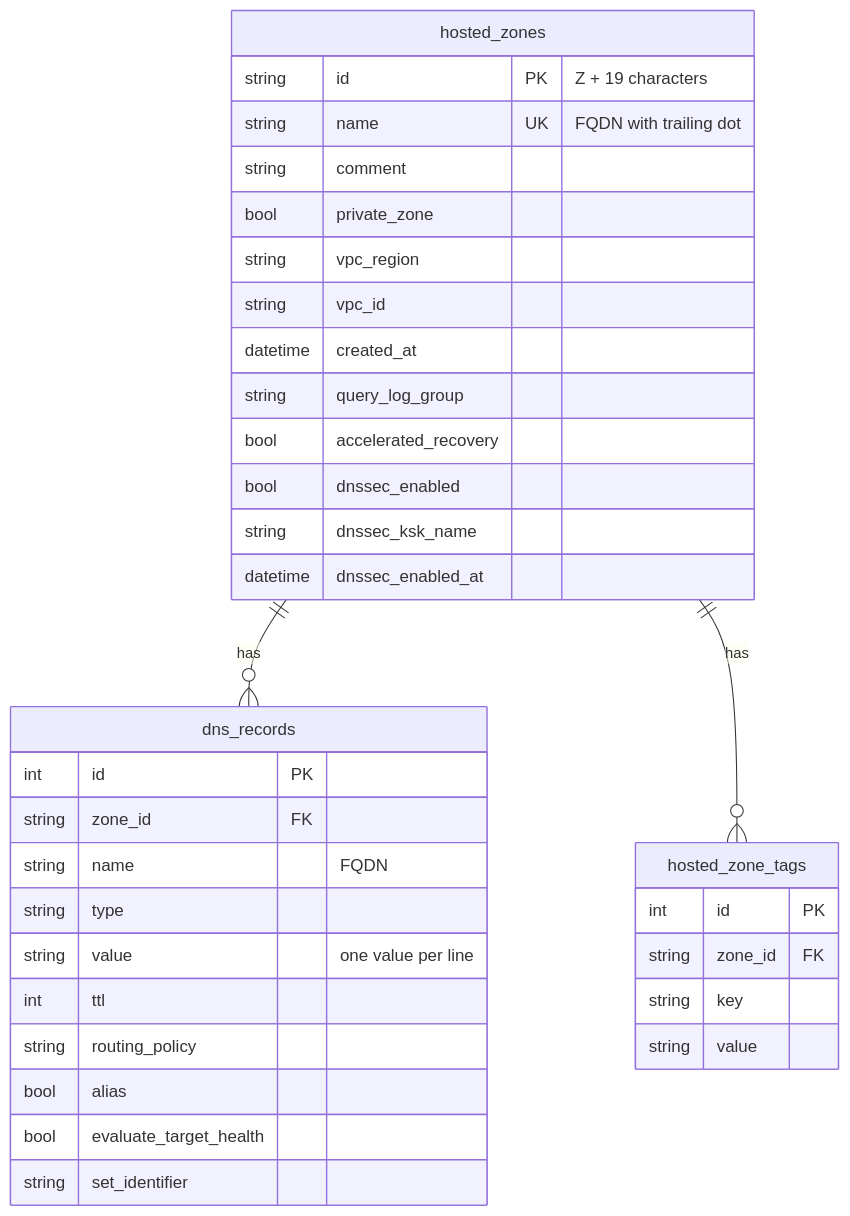
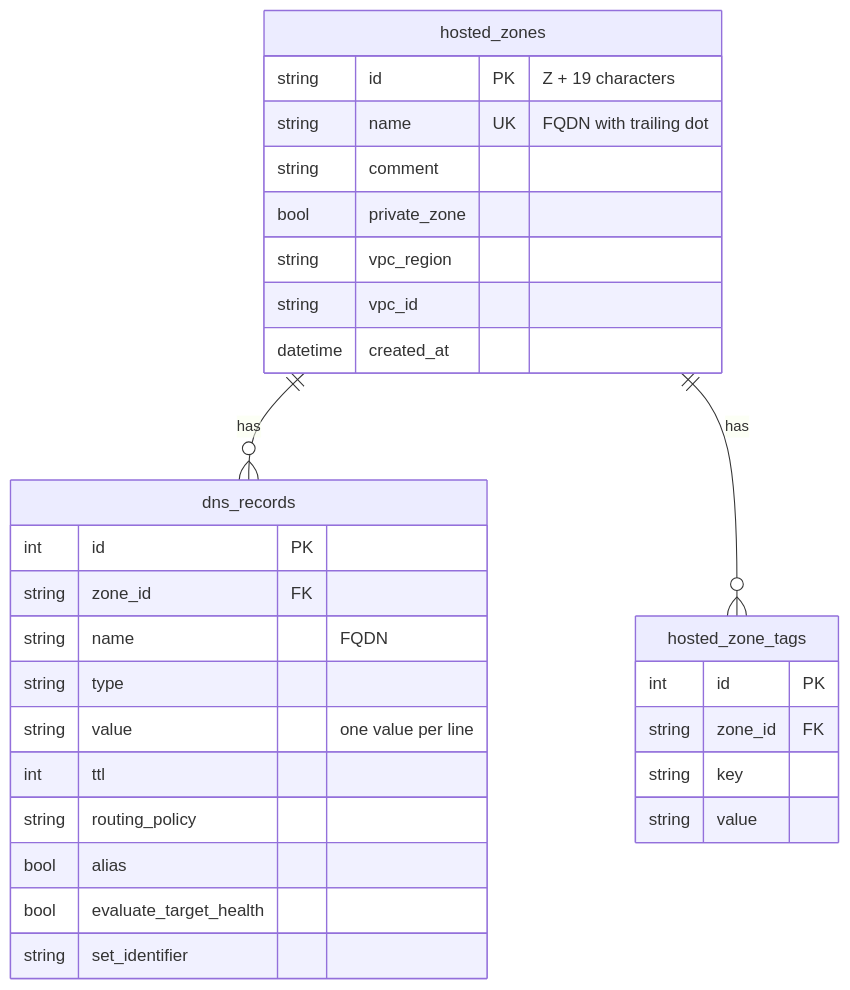
Before and after one commit to Ultramech/Scaler-AI-asignment: the second of 2 diagrams in README.md, drawn with Mermaid. The commit also changed other lines of this file and 32 other files, not shown here.

````diff
--- a/README.md
+++ b/README.md
@@ -164,37 +162,32 @@
 ```mermaid
 erDiagram
     hosted_zones ||--o{ dns_records : "has"
     hosted_zones ||--o{ hosted_zone_tags : "has"
     hosted_zones {
         string id PK "Z + 19 characters"
         string name UK "FQDN with trailing dot"
         string comment
         bool private_zone
         string vpc_region
         string vpc_id
         datetime created_at
-        string query_log_group
-        bool accelerated_recovery
-        bool dnssec_enabled
-        string dnssec_ksk_name
-        datetime dnssec_enabled_at
     }
     hosted_zone_tags {
         int id PK
         string zone_id FK
         string key
         string value
     }
     dns_records {
         int id PK
         string zone_id FK
         string name "FQDN"
         string type
         string value "one value per line"
         int ttl
         string routing_policy
         bool alias
         bool evaluate_target_health
         string set_identifier
     }
 ```
````
